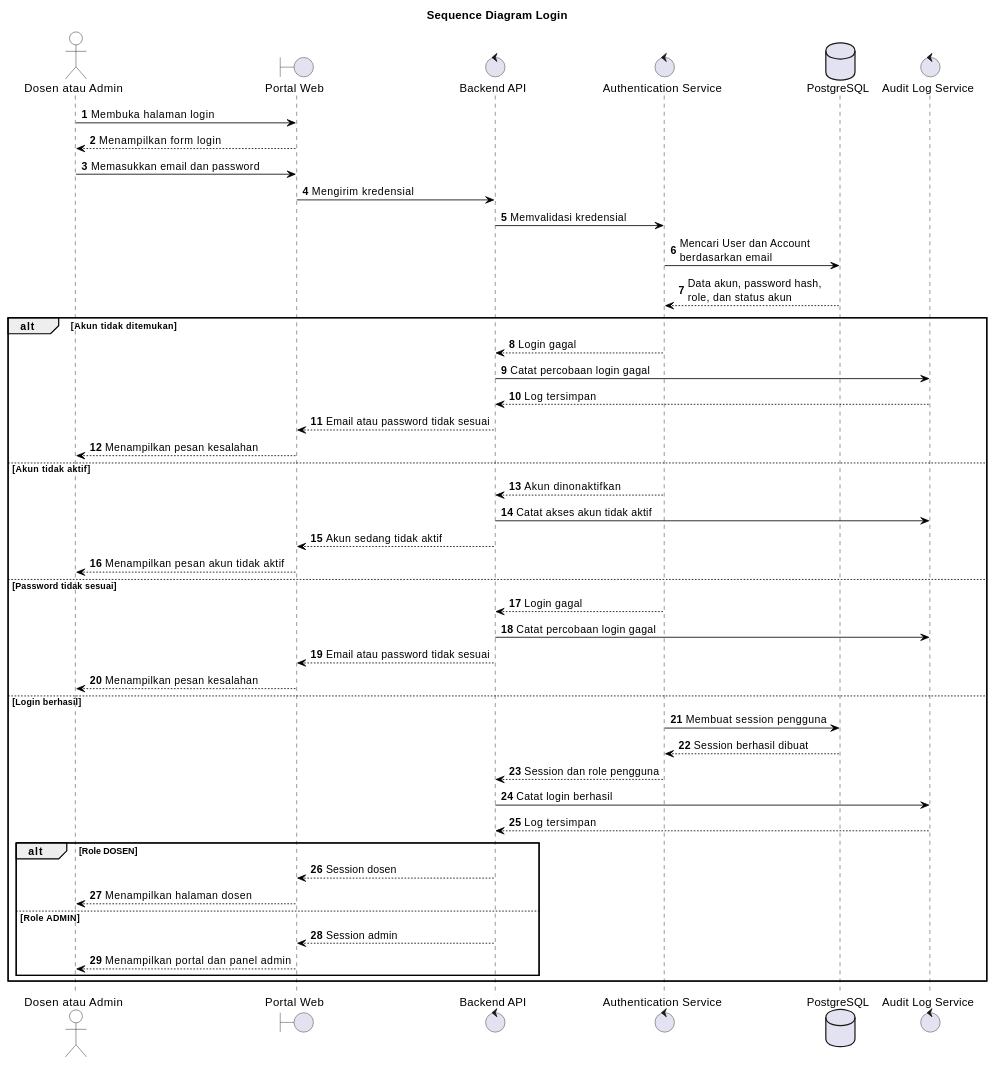
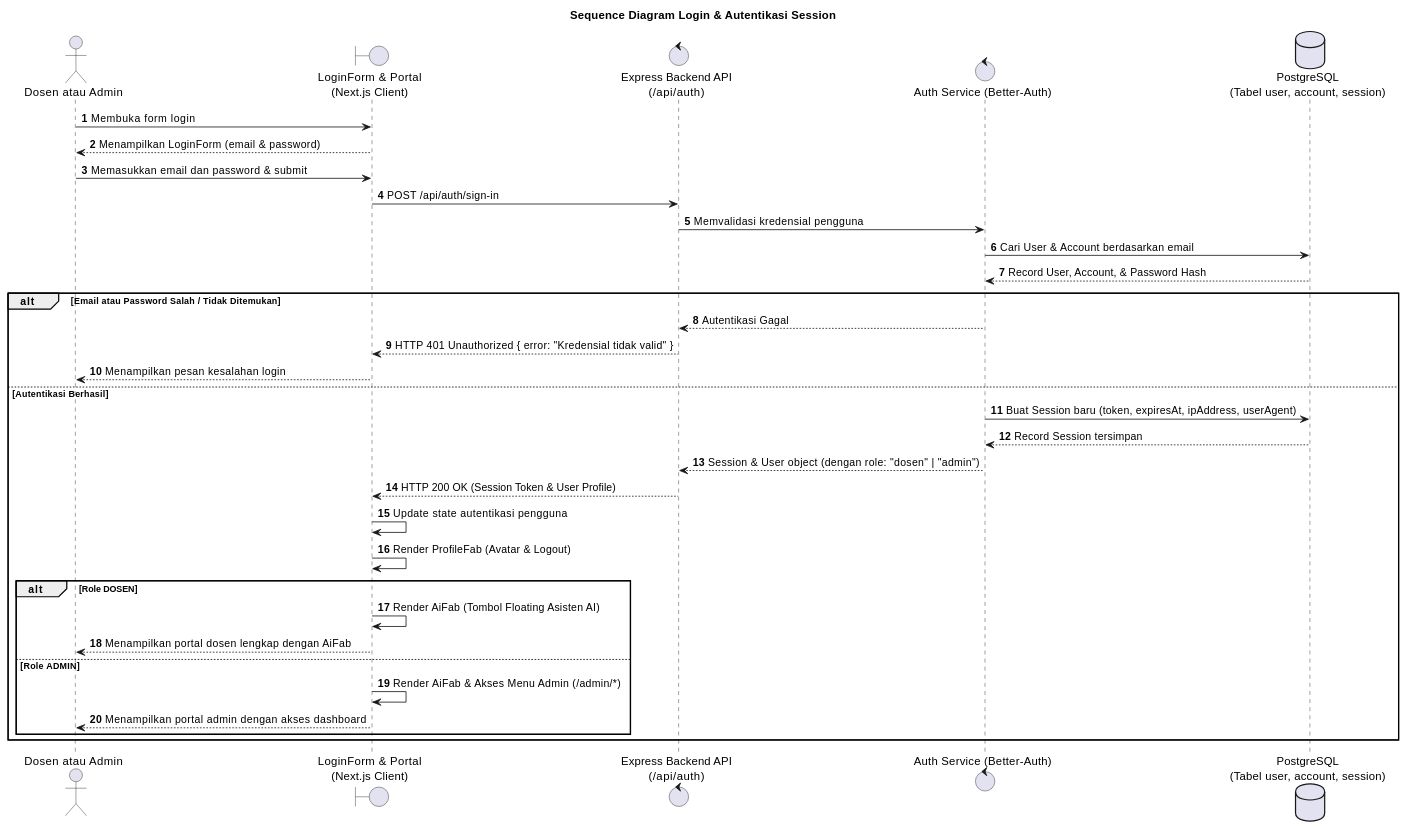
One commit to Badru9/chatbot changed the diagram in uml/login_sequence.md. Above: the diagram before and after it, drawn with PlantUML. The commit also changed other lines of this file and 15 other files, not shown here.

Commit message:
docs: update UML diagrams and feature documentation to align with current architecture

````diff
--- a/uml/login_sequence.md
+++ b/uml/login_sequence.md
@@ -5,73 +5,50 @@
 ```plantuml
 @startuml
-title Sequence Diagram Login
+title Sequence Diagram Login & Autentikasi Session
 
 autonumber
 skinparam shadowing false
-skinparam sequence {
-ParticipantBackgroundColor White
-ParticipantBorderColor Black
-ActorBackgroundColor White
-ActorBorderColor Black
-LifeLineBorderColor Black
-ArrowColor Black
-}
 
 actor "Dosen atau Admin" as User
-boundary "Portal Web" as Web
-control "Backend API" as API
-control "Authentication Service" as Auth
-database "PostgreSQL" as DB
-control "Audit Log Service" as Log
+boundary "LoginForm & Portal\n(Next.js Client)" as UI
+control "Express Backend API\n(/api/auth)" as API
+control "Auth Service (Better-Auth)" as Auth
+database "PostgreSQL\n(Tabel user, account, session)" as DB
 
-User -> Web : Membuka halaman login
-Web --> User : Menampilkan form login
+User -> UI : Membuka form login
+UI --> User : Menampilkan LoginForm (email & password)
 
-User -> Web : Memasukkan email dan password
-Web -> API : Mengirim kredensial
-API -> Auth : Memvalidasi kredensial
-Auth -> DB : Mencari User dan Account\nberdasarkan email
-DB --> Auth : Data akun, password hash,\nrole, dan status akun
+User -> UI : Memasukkan email dan password & submit
+UI -> API : POST /api/auth/sign-in
+API -> Auth : Memvalidasi kredensial pengguna
+Auth -> DB : Cari User & Account berdasarkan email
+DB --> Auth : Record User, Account, & Password Hash
 
-alt Akun tidak ditemukan
+alt Email atau Password Salah / Tidak Ditemukan
 
-    Auth --> API : Login gagal
-    API -> Log : Catat percobaan login gagal
-    Log --> API : Log tersimpan
-    API --> Web : Email atau password tidak sesuai
-    Web --> User : Menampilkan pesan kesalahan
+    Auth --> API : Autentikasi Gagal
+    API --> UI : HTTP 401 Unauthorized { error: "Kredensial tidak valid" }
+    UI --> User : Menampilkan pesan kesalahan login
 
-else Akun tidak aktif
+else Autentikasi Berhasil
 
-    Auth --> API : Akun dinonaktifkan
-    API -> Log : Catat akses akun tidak aktif
-    API --> Web : Akun sedang tidak aktif
-    Web --> User : Menampilkan pesan akun tidak aktif
+    Auth -> DB : Buat Session baru (token, expiresAt, ipAddress, userAgent)
+    DB --> Auth : Record Session tersimpan
+    Auth --> API : Session & User object (dengan role: "dosen" | "admin")
+    API --> UI : HTTP 200 OK (Session Token & User Profile)
 
-else Password tidak sesuai
-
-    Auth --> API : Login gagal
-    API -> Log : Catat percobaan login gagal
-    API --> Web : Email atau password tidak sesuai
-    Web --> User : Menampilkan pesan kesalahan
-
-else Login berhasil
-
-    Auth -> DB : Membuat session pengguna
-    DB --> Auth : Session berhasil dibuat
-    Auth --> API : Session dan role pengguna
-    API -> Log : Catat login berhasil
-    Log --> API : Log tersimpan
+    UI -> UI : Update state autentikasi pengguna
+    UI -> UI : Render ProfileFab (Avatar & Logout)
 
     alt Role DOSEN
-        API --> Web : Session dosen
-        Web --> User : Menampilkan halaman dosen
+        UI -> UI : Render AiFab (Tombol Floating Asisten AI)
+        UI --> User : Menampilkan portal dosen lengkap dengan AiFab
     else Role ADMIN
-        API --> Web : Session admin
-        Web --> User : Menampilkan portal dan panel admin
+        UI -> UI : Render AiFab & Akses Menu Admin (/admin/*)
+        UI --> User : Menampilkan portal admin dengan akses dashboard
     end
 
 end
 
 @enduml
 ```
````
